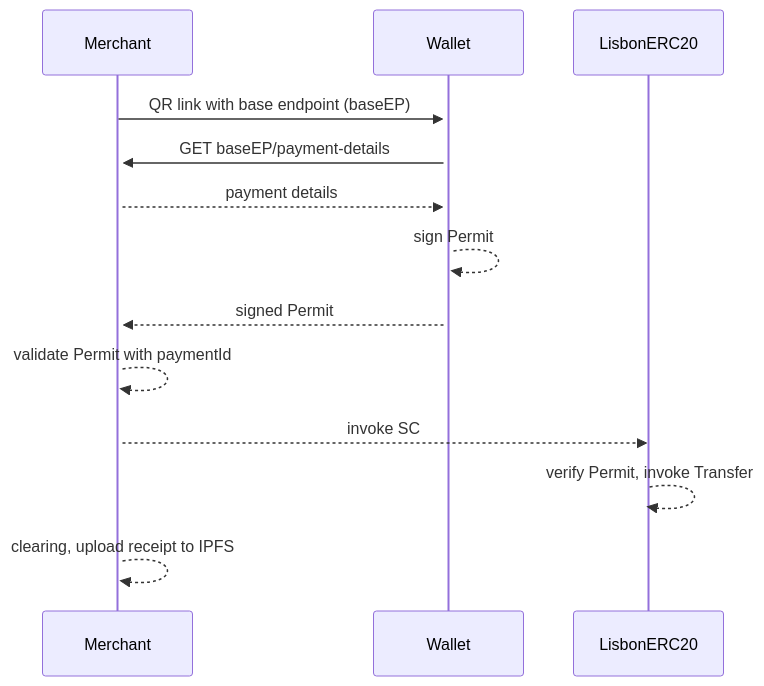
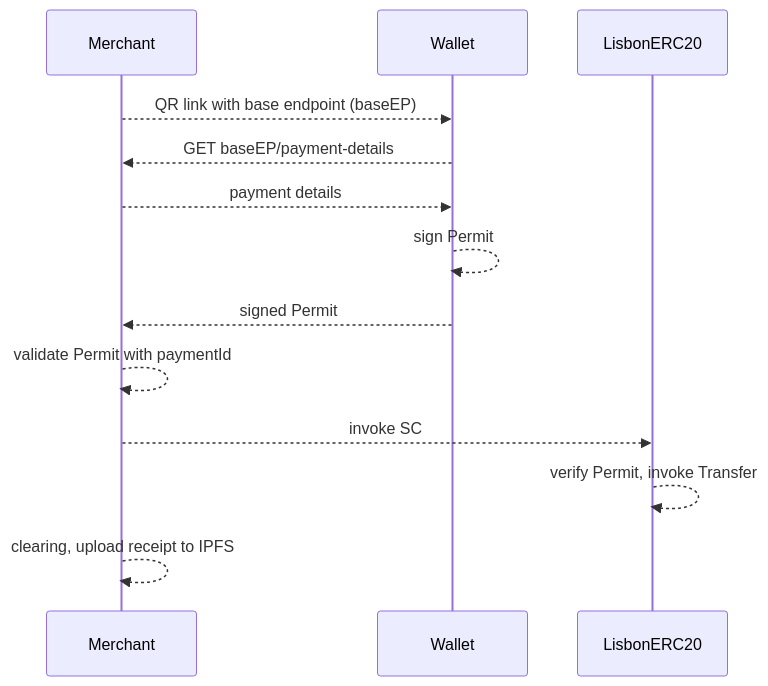
One commit to kdog1425/walletcon-payment-hacks changed the diagram in README.md. Above: the diagram before and after it, drawn with Mermaid.

````diff
--- a/README.md
+++ b/README.md
@@ -2,12 +2,12 @@
 ```mermaid
 sequenceDiagram
-    Merchant->>+Wallet: QR link with base endpoint (baseEP)
-    Wallet->>+Merchant: GET baseEP/payment-details
+    Merchant-->>Wallet: QR link with base endpoint (baseEP)
+    Wallet-->>Merchant: GET baseEP/payment-details
     Merchant-->>Wallet: payment details
     Wallet-->>Wallet: sign Permit
     Wallet-->>Merchant: signed Permit
     Merchant-->>Merchant: validate Permit with paymentId
     Merchant-->>LisbonERC20: invoke SC
     LisbonERC20-->>LisbonERC20: verify Permit, invoke Transfer
     Merchant-->>Merchant: clearing, upload receipt to IPFS
 ```
````
